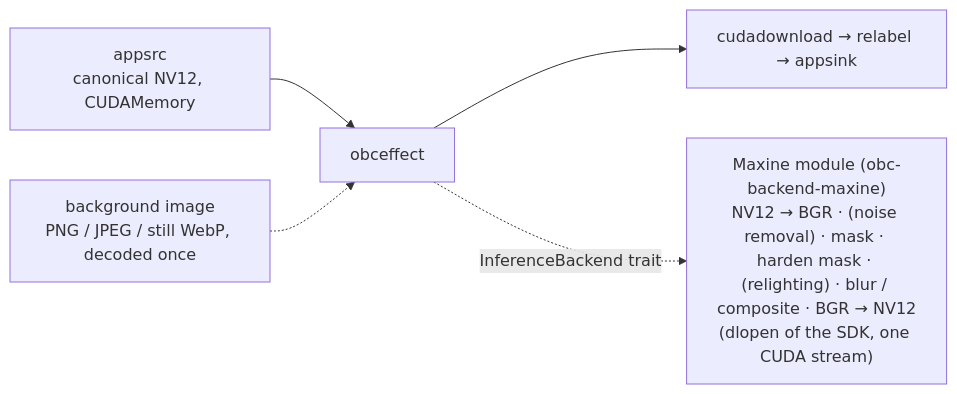
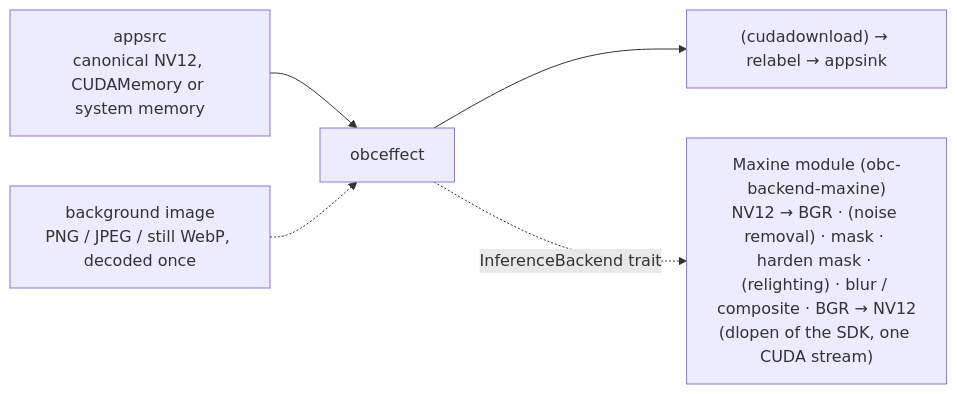
One commit to rsd/omarchy-broadcast changed the fourth of 8 diagrams in docs/architecture.md. Above: the diagram before and after it, drawn with Mermaid. The commit also changed other lines of this file and 52 other files, not shown here.

First line of the commit message:
Add a system-memory video pipeline for machines without an NVIDIA GPU

````diff
--- a/docs/architecture.md
+++ b/docs/architecture.md
@@ -228,7 +230,7 @@
 ```mermaid
 flowchart LR
-    SRC["appsrc<br/>canonical NV12, CUDAMemory"] --> FX["obceffect"]
-    FX --> DL["cudadownload → relabel → appsink"]
+    SRC["appsrc<br/>canonical NV12, CUDAMemory or system memory"] --> FX["obceffect"]
+    FX --> DL["(cudadownload) → relabel → appsink"]
     FX -. "InferenceBackend trait" .-> BE["Maxine module (obc-backend-maxine)<br/>NV12 → BGR · (noise removal) · mask · harden mask · (relighting) · blur / composite · BGR → NV12<br/>(dlopen of the SDK, one CUDA stream)"]
     BG["background image<br/>PNG / JPEG / still WebP, decoded once"] -.-> FX
 ```
````
